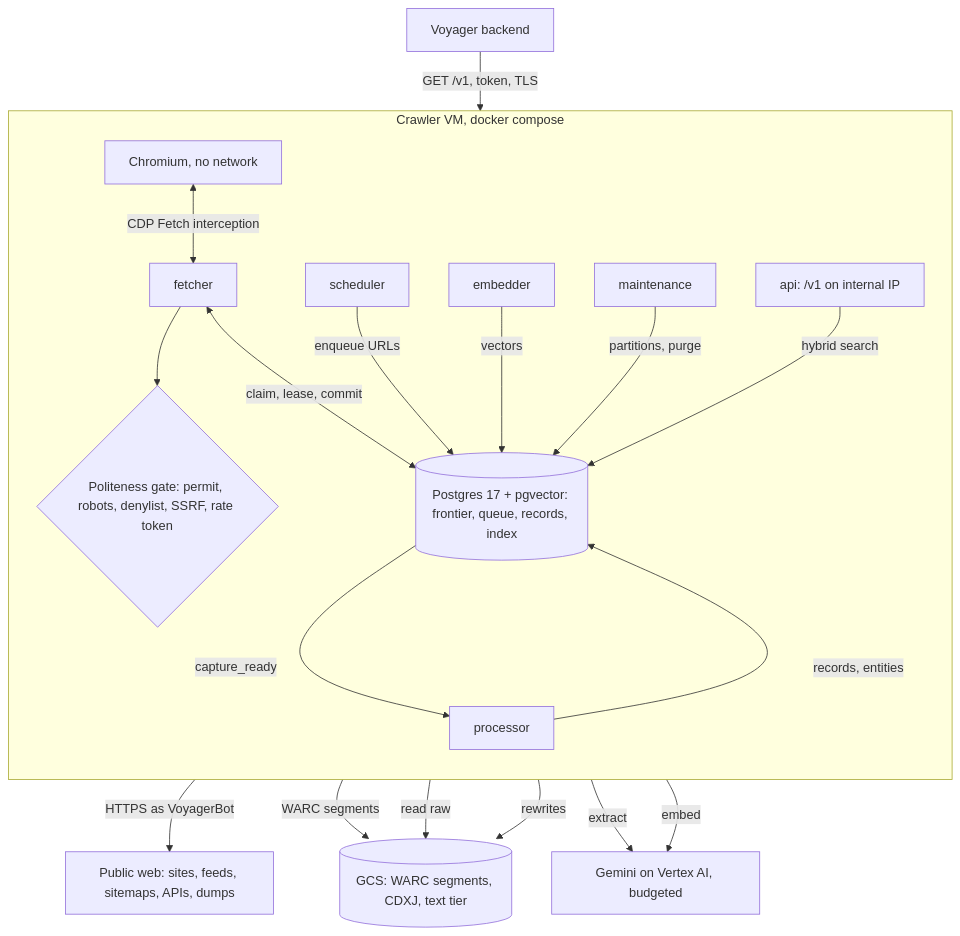
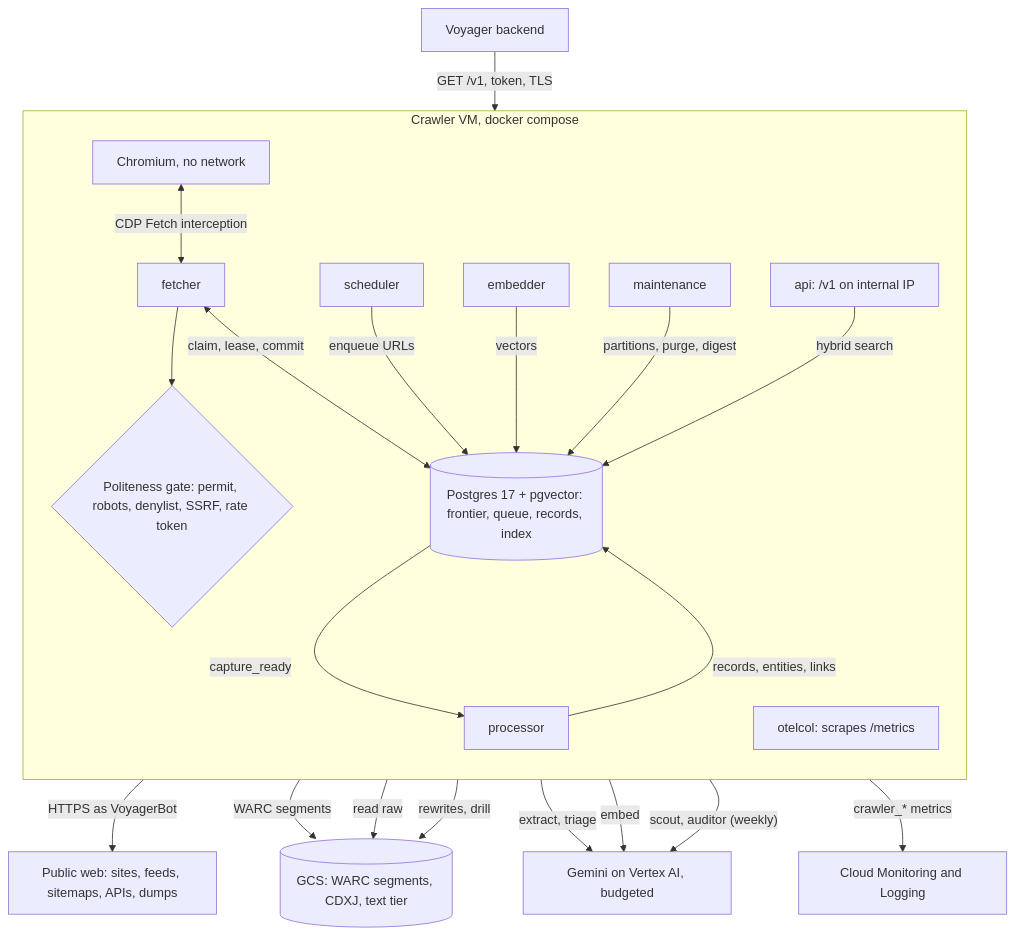
One commit to rupakc/travel-planner-crawler changed the diagram in README.md. Above: the diagram before and after it, drawn with Mermaid. The commit also changed other lines of this file and 40 other files, not shown here.

````diff
--- a/README.md
+++ b/README.md
@@ -44,36 +45,40 @@
 ```mermaid
 flowchart TB
   SITES["Public web: sites, feeds, sitemaps, APIs, dumps"]
   subgraph VM["Crawler VM, docker compose"]
     direction TB
     GATE{"Politeness gate: permit, robots, denylist, SSRF, rate token"}
     SCH["scheduler"]
     FET["fetcher"]
     CHR["Chromium, no network"]
     PG[("Postgres 17 + pgvector: frontier, queue, records, index")]
     PRO["processor"]
     EMB["embedder"]
     MNT["maintenance"]
     API["api: /v1 on internal IP"]
+    OTL["otelcol: scrapes /metrics"]
   end
   GCS[("GCS: WARC segments, CDXJ, text tier")]
   GEM["Gemini on Vertex AI, budgeted"]
+  MON["Cloud Monitoring and Logging"]
   VOY["Voyager backend"]
 
   GATE -->|"HTTPS as VoyagerBot"| SITES
   FET --> GATE
   CHR <-->|"CDP Fetch interception"| FET
   SCH -->|"enqueue URLs"| PG
   FET <-->|"claim, lease, commit"| PG
   FET -->|"WARC segments"| GCS
   PG -->|"capture_ready"| PRO
-  PRO -->|"records, entities"| PG
+  PRO -->|"records, entities, links"| PG
   PRO -->|"read raw"| GCS
-  PRO -->|"extract"| GEM
+  PRO -->|"extract, triage"| GEM
   EMB -->|"embed"| GEM
   EMB -->|"vectors"| PG
-  MNT -->|"partitions, purge"| PG
-  MNT -->|"rewrites"| GCS
+  MNT -->|"partitions, purge, digest"| PG
+  MNT -->|"rewrites, drill"| GCS
+  MNT -->|"scout, auditor (weekly)"| GEM
   API -->|"hybrid search"| PG
   VOY -->|"GET /v1, token, TLS"| API
+  OTL -->|"crawler_* metrics"| MON
 ```
````
